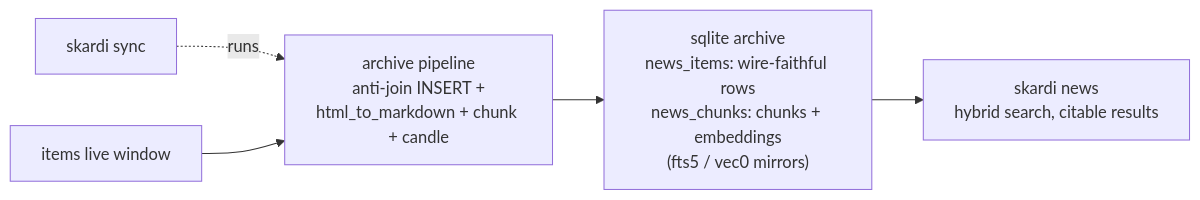
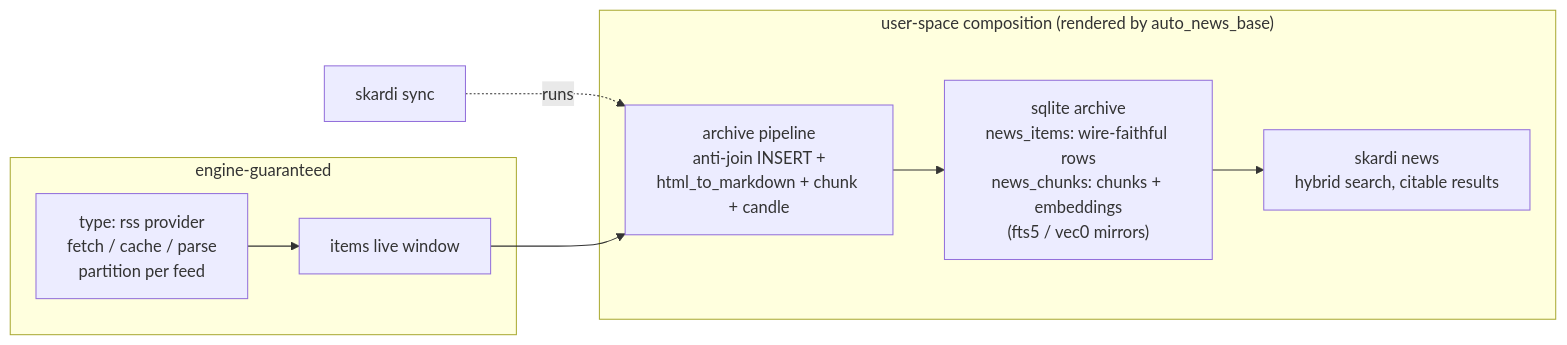
Before and after one commit to SkardiLabs/skardi: the third of 5 diagrams in docs/superpowers/specs/2026-07-22-rss-feed-support-design-v2.md, drawn with Mermaid. The commit also changed other lines of this file, not shown here.

Commit message:
docs(spec): align Goals/Decisions with the downstream contract; show provider in composition diagram
Goals now promise post-assembly maintainability and citation durability;
Decisions gains a "Downstream contract" group indexing the two-table
archive, subscription-agnostic artifacts, and idempotent rendering. The
composition diagram makes the provider and the engine/user-space
boundary explicit.

````diff
--- a/docs/superpowers/specs/2026-07-22-rss-feed-support-design-v2.md
+++ b/docs/superpowers/specs/2026-07-22-rss-feed-support-design-v2.md
@@ -137,7 +143,14 @@
 ```mermaid
 flowchart LR
+    subgraph Engine["engine-guaranteed"]
+        Prov["type: rss provider<br/>fetch / cache / parse<br/>partition per feed"] --> Items["items live window"]
+    end
+    subgraph UserSpace["user-space composition (rendered by auto_news_base)"]
+        P["archive pipeline<br/>anti-join INSERT +<br/>html_to_markdown + chunk + candle"]
+        A["sqlite archive<br/>news_items: wire-faithful rows<br/>news_chunks: chunks + embeddings<br/>(fts5 / vec0 mirrors)"]
+        News["skardi news<br/>hybrid search, citable results"]
+        P --> A --> News
+    end
     Sync["skardi sync"] -.->|runs| P
-    Items["items live window"] --> P["archive pipeline<br/>anti-join INSERT +<br/>html_to_markdown + chunk + candle"]
-    P --> A["sqlite archive<br/>news_items: wire-faithful rows<br/>news_chunks: chunks + embeddings<br/>(fts5 / vec0 mirrors)"]
-    A --> News["skardi news<br/>hybrid search, citable results"]
+    Items --> P
 ```
````
